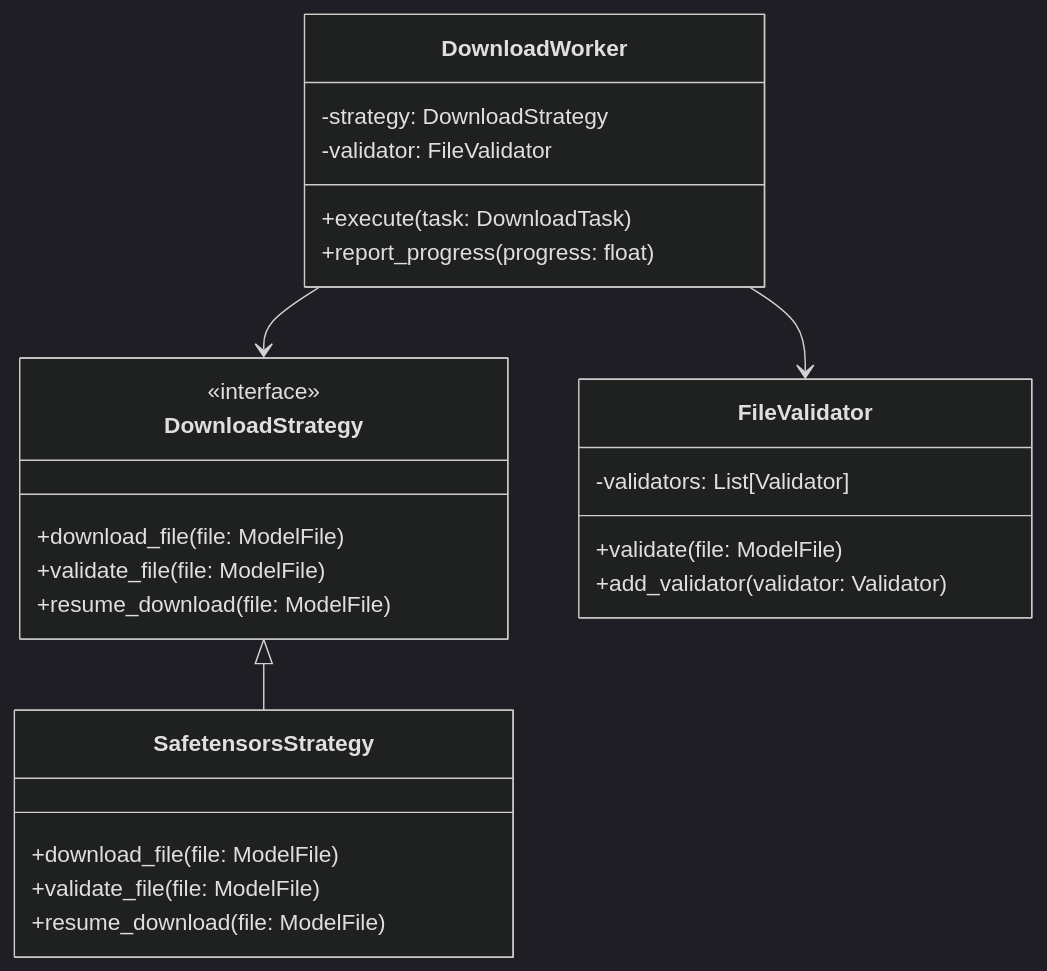
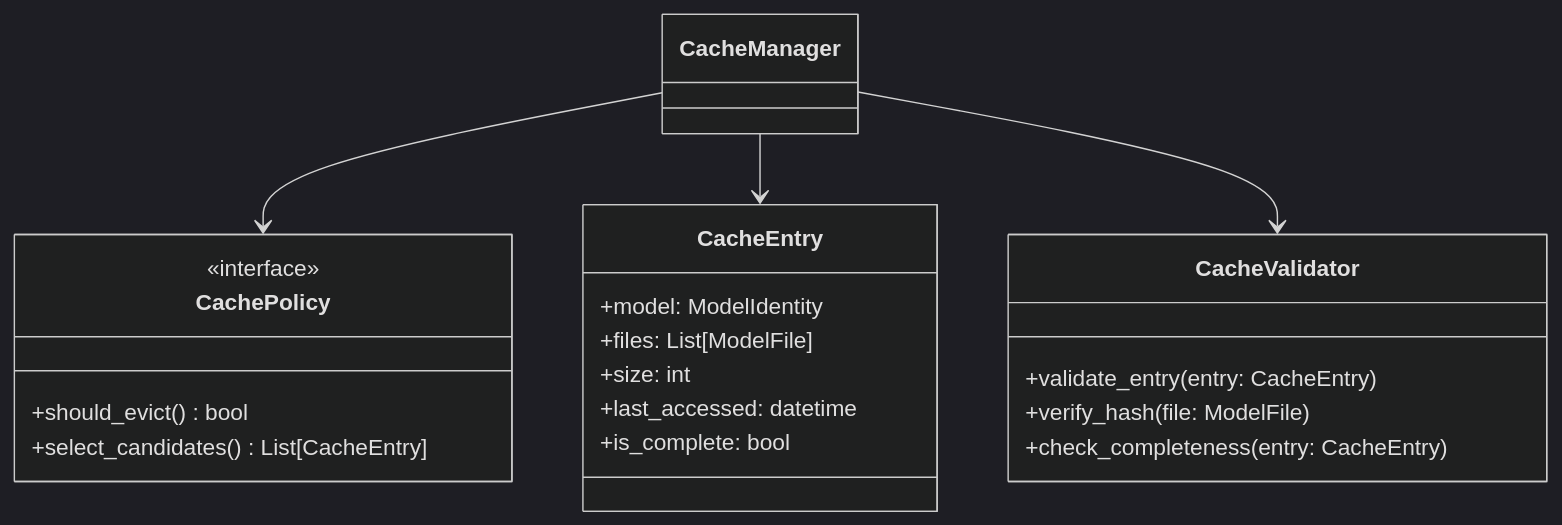
The fourth of 5 diagrams in services/ai/llm-service/docs/architecture/classes/model_manager.md (zhifengzhang-sz/qi-v2-dp), drawn with Mermaid (dark theme) before and after one commit. The commit also changed other lines of this file and 50 other files, not shown here.

````diff
--- a/services/ai/llm-service/docs/architecture/classes/model_manager.md
+++ b/services/ai/llm-service/docs/architecture/classes/model_manager.md
@@ -107,32 +120,26 @@
 ```mermaid
 classDiagram
-    class DownloadWorker {
-        -strategy: DownloadStrategy
-        -validator: FileValidator
-        +execute(task: DownloadTask)
-        +report_progress(progress: float)
+    class CachePolicy {
+        <<interface>>
+        +should_evict() bool
+        +select_candidates() List[CacheEntry]
     }
 
-    class DownloadStrategy {
-        <<interface>>
-        +download_file(file: ModelFile)
-        +validate_file(file: ModelFile)
-        +resume_download(file: ModelFile)
+    class CacheEntry {
+        +model: ModelIdentity
+        +files: List[ModelFile]
+        +size: int
+        +last_accessed: datetime
+        +is_complete: bool
     }
 
-    class SafetensorsStrategy {
-        +download_file(file: ModelFile)
-        +validate_file(file: ModelFile)
-        +resume_download(file: ModelFile)
+    class CacheValidator {
+        +validate_entry(entry: CacheEntry)
+        +verify_hash(file: ModelFile)
+        +check_completeness(entry: CacheEntry)
     }
 
-    class FileValidator {
-        -validators: List[Validator]
-        +validate(file: ModelFile)
-        +add_validator(validator: Validator)
-    }
-
-    DownloadWorker --> DownloadStrategy
-    DownloadStrategy <|-- SafetensorsStrategy
-    DownloadWorker --> FileValidator
+    CacheManager --> CachePolicy
+    CacheManager --> CacheEntry
+    CacheManager --> CacheValidator
 ```
````
